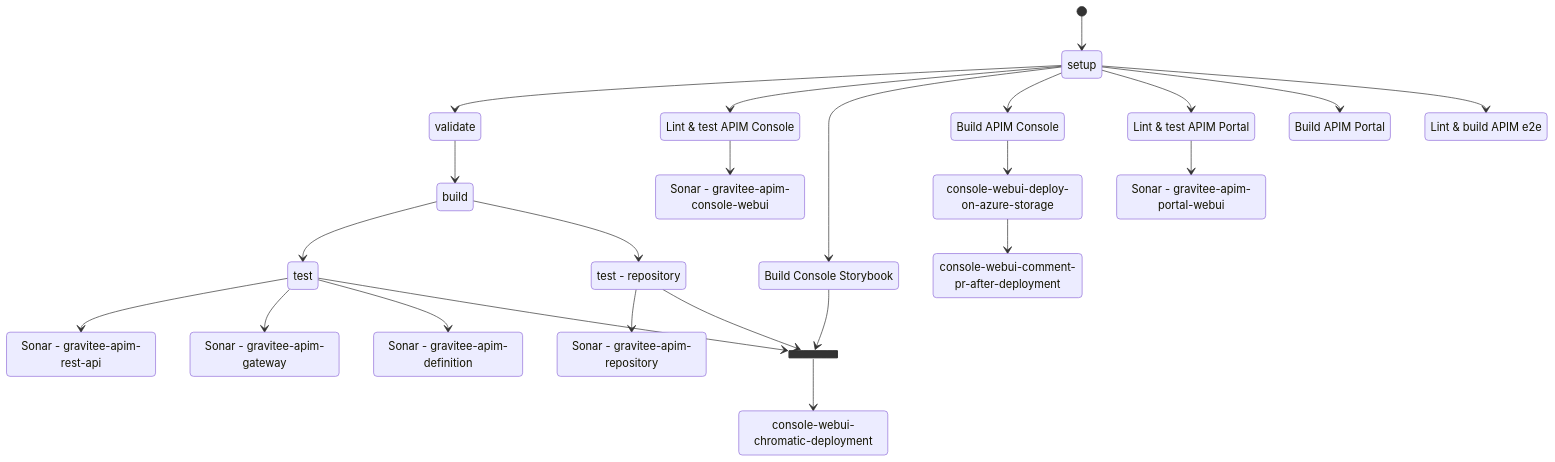
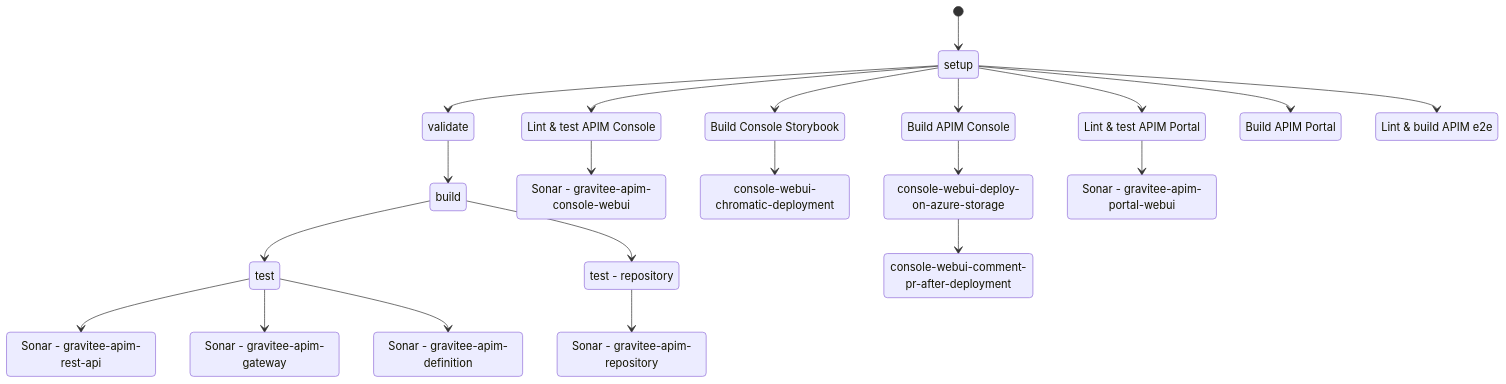
The first of 3 diagrams in .circleci/Workflows.md (gravitee-io/gravitee-api-management), drawn with Mermaid before and after one commit. The commit also changed other lines of this file and 1 other file, not shown here.

Commit message:
ci: remove unnecessary requirement for chromatic

````diff
--- a/.circleci/Workflows.md
+++ b/.circleci/Workflows.md
@@ -5,57 +5,51 @@
 ```mermaid
 stateDiagram-v2
     [*] --> setup
 
     %% Backends
     setup --> validate
     validate --> build
     build --> test
     testRepository: test - repository
     build --> testRepository
 
     sonarRestApi: Sonar - gravitee-apim-rest-api
     sonarGateway: Sonar - gravitee-apim-gateway
     sonarDefinition: Sonar - gravitee-apim-definition
     sonarRepository: Sonar - gravitee-apim-repository
     test --> sonarRestApi
     test --> sonarGateway
     test --> sonarDefinition
     testRepository --> sonarRepository
 
     %% Console
     webUILintConsole: Lint & test APIM Console
     setup --> webUILintConsole
     sonarConsole: Sonar - gravitee-apim-console-webui
     webUILintConsole --> sonarConsole
 
     storybook: Build Console Storybook
+    chromatic: console-webui-chromatic-deployment
     setup --> storybook
-
-    state join_state_storybook <<join>>
-    storybook --> join_state_storybook
-    test --> join_state_storybook
-    testRepository --> join_state_storybook
-
-    chromatic: console-webui-chromatic-deployment
-    join_state_storybook --> chromatic
+    storybook --> chromatic
 
     webUIConsole: Build APIM Console
     setup --> webUIConsole
     deployAzure: console-webui-deploy-on-azure-storage
     webUIConsole --> deployAzure
     commentPR: console-webui-comment-pr-after-deployment
     deployAzure --> commentPR
 
     %% Portal
     webUILintPortal: Lint & test APIM Portal
     setup --> webUILintPortal
     sonarPortal: Sonar - gravitee-apim-portal-webui
     webUILintPortal --> sonarPortal
 
     webUIPortal: Build APIM Portal
     setup --> webUIPortal
 
     %% others
     e2eLintBuild: Lint & build APIM e2e
     setup --> e2eLintBuild
 ```
````
